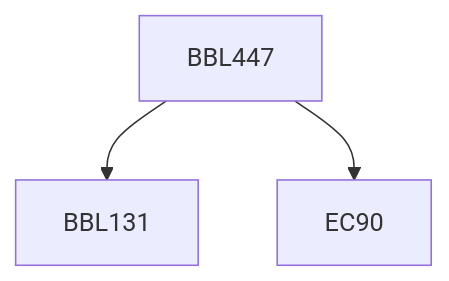
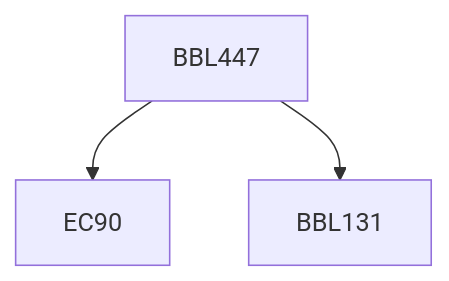
The diagram in content/Biochemical Engineering and Biotechnology/BBL447.md (KeshavBansal0122/CoS_Website), drawn with Mermaid before and after one commit. The commit also changed other lines of this file and 2662 other files, not shown here.

````diff
--- a/content/Biochemical Engineering and Biotechnology/BBL447.md
+++ b/content/Biochemical Engineering and Biotechnology/BBL447.md
@@ -13,9 +13,9 @@
 ```mermaid
 flowchart TD
 BBL447-84[BBL447]
+BBL447-84 --> EC90-84[EC90]
 BBL447-84 --> BBL131-84[BBL131]
-BBL447-84 --> EC90-84[EC90]
 
 classDef empty height:17px, fill:transparent, stroke:transparent;
 classDef trueEmpty height:0px, width:0px;
 ```
````
